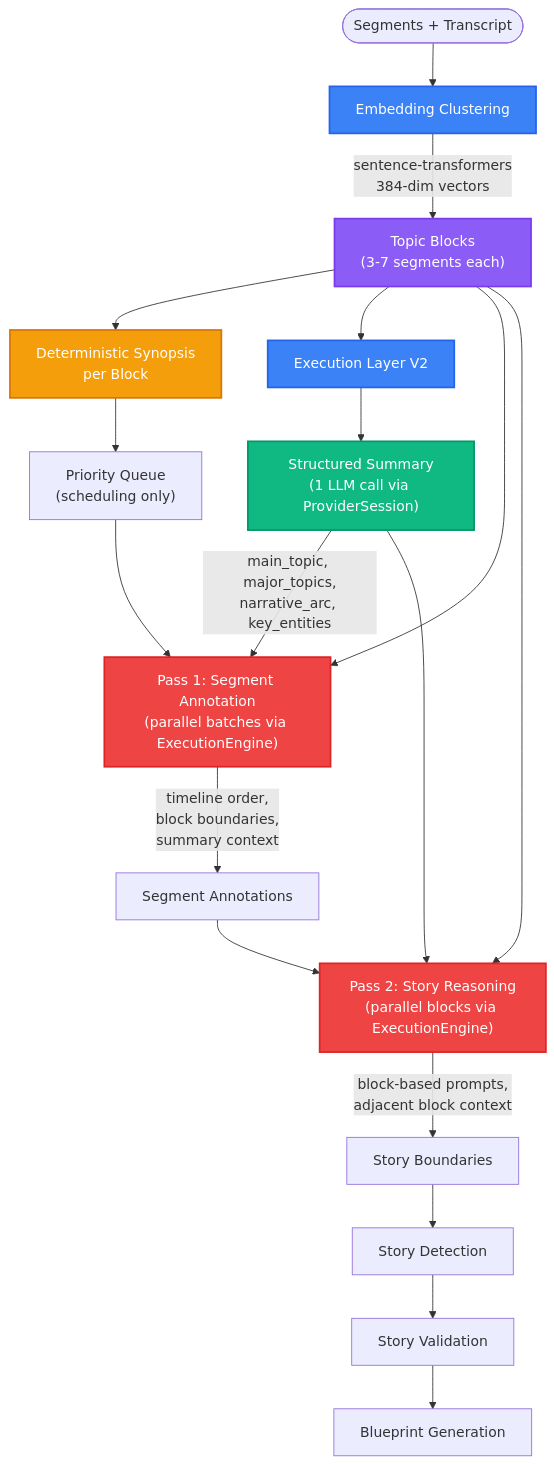
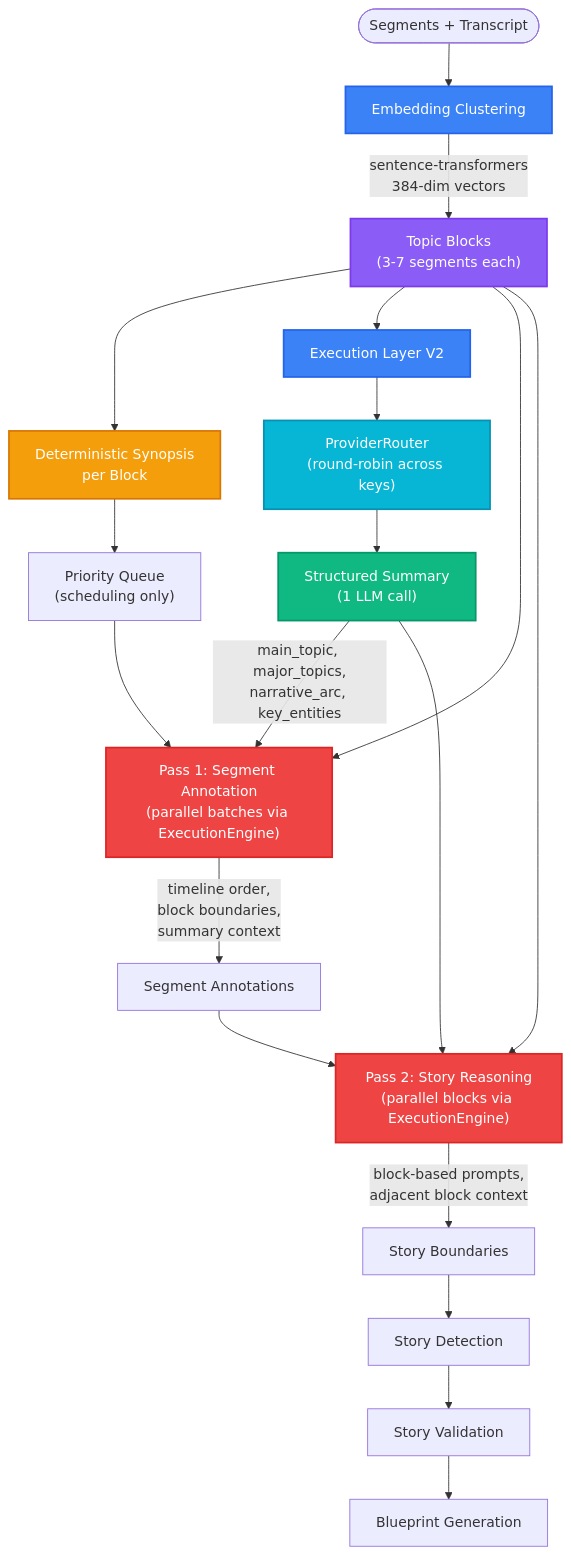
Before and after one commit to samm329-ui/Trimora_v2: the sixth of 13 diagrams in README.md, drawn with Mermaid. The commit also changed other lines of this file, not shown here.

Commit message:
docs: update README with ProviderRouter architecture and multi-key config

````diff
--- a/README.md
+++ b/README.md
@@ -340,32 +360,34 @@
 ```mermaid
 flowchart TB
     START([Segments + Transcript]) --> EMB["Embedding Clustering"]
     EMB -->|"sentence-transformers\n384-dim vectors"| BLOCKS["Topic Blocks\n(3-7 segments each)"]
     BLOCKS --> SYNOPSIS["Deterministic Synopsis\nper Block"]
     SYNOPSIS --> PRIORITY["Priority Queue\n(scheduling only)"]
     
     BLOCKS --> EXEC["Execution Layer V2"]
-    EXEC --> SUMMARY["Structured Summary\n(1 LLM call via ProviderSession)"]
+    EXEC --> ROUTER3["ProviderRouter\n(round-robin across keys)"]
+    ROUTER3 --> SUMMARY["Structured Summary\n(1 LLM call)"]
     SUMMARY -->|"main_topic, major_topics,\nnarrative_arc, key_entities"| PASS1["Pass 1: Segment Annotation\n(parallel batches via ExecutionEngine)"]
     
     PRIORITY --> PASS1
     BLOCKS --> PASS1
     PASS1 -->|"timeline order,\nblock boundaries,\nsummary context"| ANNOTATIONS["Segment Annotations"]
     
     ANNOTATIONS --> PASS2["Pass 2: Story Reasoning\n(parallel blocks via ExecutionEngine)"]
     BLOCKS --> PASS2
     SUMMARY --> PASS2
     PASS2 -->|"block-based prompts,\nadjacent block context"| BOUNDARIES["Story Boundaries"]
     
     BOUNDARIES --> DETECT["Story Detection"]
     DETECT --> VALIDATE["Story Validation"]
     VALIDATE --> BLUEPRINTS["Blueprint Generation"]
 
     style EMB fill:#3b82f6,color:#fff,stroke:#2563eb,stroke-width:2px
     style BLOCKS fill:#8b5cf6,color:#fff,stroke:#7c3aed,stroke-width:2px
     style SYNOPSIS fill:#f59e0b,color:#fff,stroke:#d97706,stroke-width:2px
     style EXEC fill:#3b82f6,color:#fff,stroke:#2563eb,stroke-width:2px
+    style ROUTER3 fill:#06b6d4,color:#fff,stroke:#0891b2,stroke-width:2px
     style SUMMARY fill:#10b981,color:#fff,stroke:#059669,stroke-width:2px
     style PASS1 fill:#ef4444,color:#fff,stroke:#dc2626,stroke-width:2px
     style PASS2 fill:#ef4444,color:#fff,stroke:#dc2626,stroke-width:2px
 ```
````
